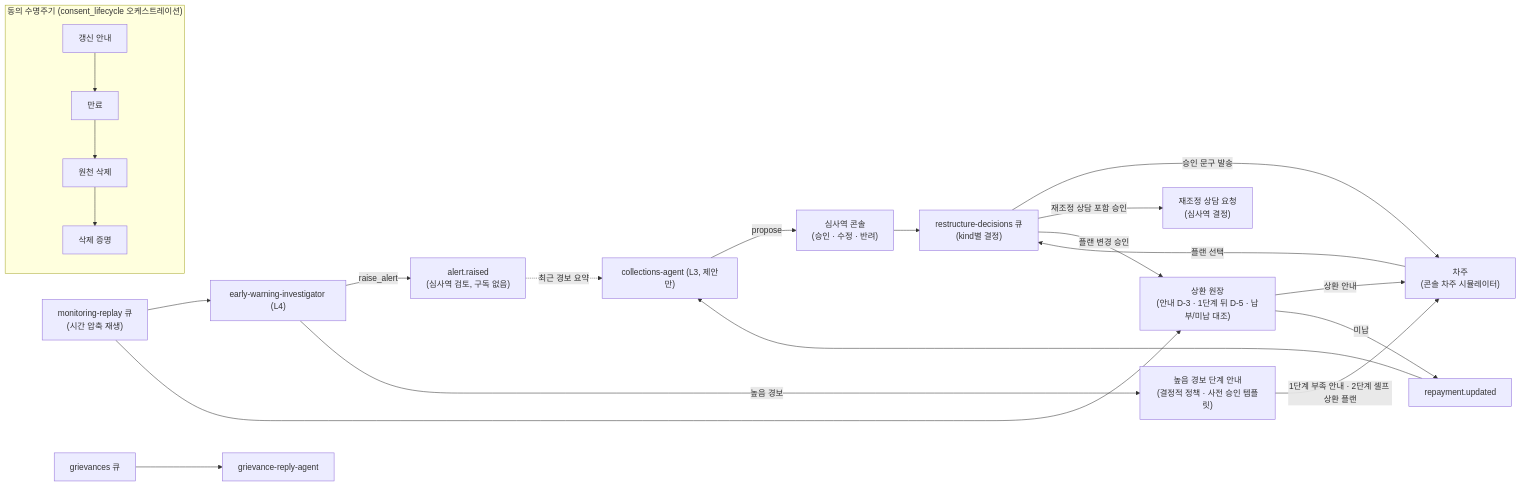
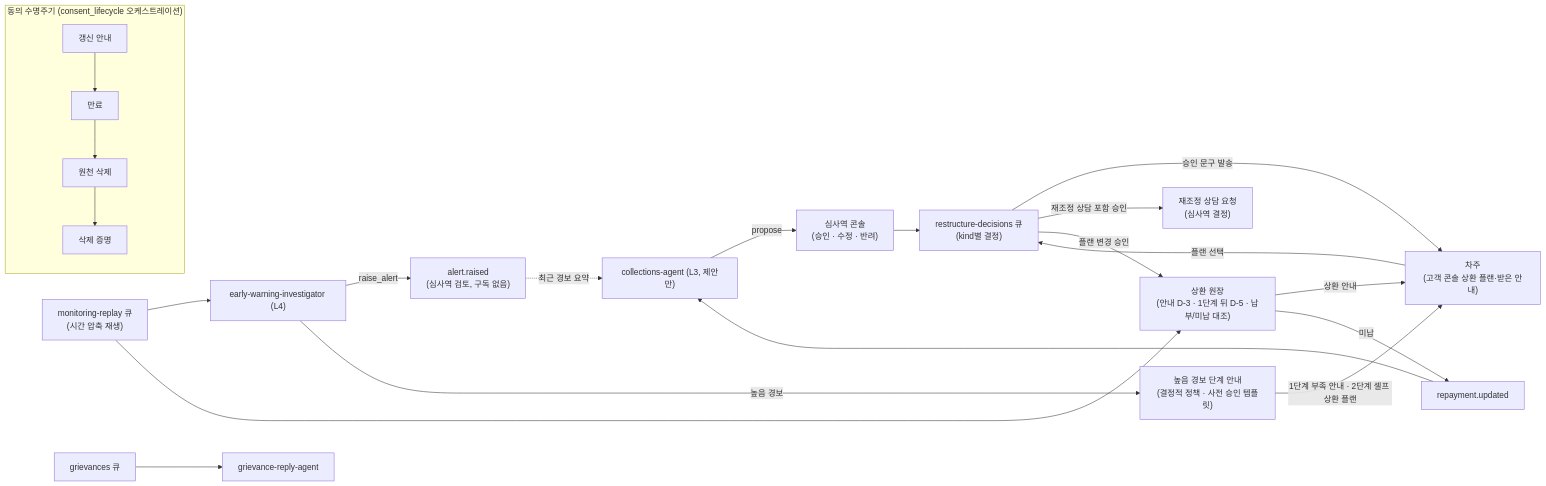
Before and after one commit to freeman9844/ms-ama-04: the fifth of 5 diagrams in docs/architecture.md, drawn with Mermaid. The commit also changed other lines of this file and 38 other files, not shown here.

````diff
--- a/docs/architecture.md
+++ b/docs/architecture.md
@@ -191,34 +191,34 @@
 ```mermaid
 flowchart LR
   replay["monitoring-replay 큐<br/>(시간 압축 재생)"]
   ew["early-warning-investigator (L4)"]
   alert["alert.raised<br/>(심사역 검토, 구독 없음)"]
   stage["높음 경보 단계 안내<br/>(결정적 정책 · 사전 승인 템플릿)"]
-  borrower["차주<br/>(콘솔 차주 시뮬레이터)"]
+  borrower["차주<br/>(고객 콘솔 상환 플랜·받은 안내)"]
   ledger["상환 원장<br/>(안내 D-3 · 1단계 뒤 D-5 · 납부/미납 대조)"]
   repay["repayment.updated"]
   col["collections-agent (L3, 제안만)"]
   officer["심사역 콘솔<br/>(승인 · 수정 · 반려)"]
   decisions["restructure-decisions 큐<br/>(kind별 결정)"]
   rs["재조정 상담 요청<br/>(심사역 결정)"]
   replay --> ew
   ew -->|raise_alert| alert
   ew -->|높음 경보| stage
   stage -->|1단계 부족 안내 · 2단계 셀프 상환 플랜| borrower
   borrower -->|플랜 선택| decisions
   replay --> ledger
   ledger -->|상환 안내| borrower
   ledger -->|미납| repay
   repay --> col
   alert -.->|최근 경보 요약| col
   col -->|propose| officer
   officer --> decisions
   decisions -->|승인 문구 발송| borrower
   decisions -->|재조정 상담 포함 승인| rs
   decisions -->|플랜 변경 승인| ledger
 
   subgraph consent["동의 수명주기 (consent_lifecycle 오케스트레이션)"]
     renew["갱신 안내"] --> expire["만료"] --> delete["원천 삭제"] --> proof["삭제 증명"]
   end
   grv["grievances 큐"] --> reply["grievance-reply-agent"]
 ```
````
